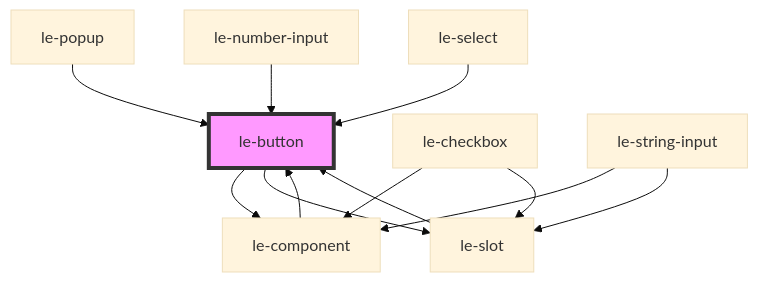
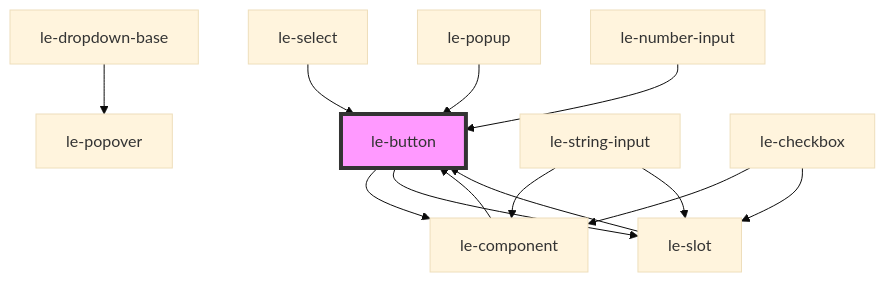
One commit to leechy/le-kit changed the diagram in src/components/le-button/readme.md. Above: the diagram before and after it, drawn with Mermaid (base theme). The commit also changed 25 other files, not shown here.

Commit message:
Fix for the <le-popover> to have nested popovers (like <le-select>

````diff
--- a/src/components/le-button/readme.md
+++ b/src/components/le-button/readme.md
@@ -143,15 +143,16 @@
 ```mermaid
 graph TD;
   le-button --> le-component
   le-button --> le-slot
   le-component --> le-button
+  le-select --> le-button
+  le-dropdown-base --> le-popover
+  le-string-input --> le-component
+  le-string-input --> le-slot
+  le-slot --> le-button
   le-checkbox --> le-component
   le-checkbox --> le-slot
-  le-slot --> le-button
-  le-string-input --> le-component
-  le-string-input --> le-slot
   le-popup --> le-button
   le-number-input --> le-button
-  le-select --> le-button
   style le-button fill:#f9f,stroke:#333,stroke-width:4px
 ```
````
